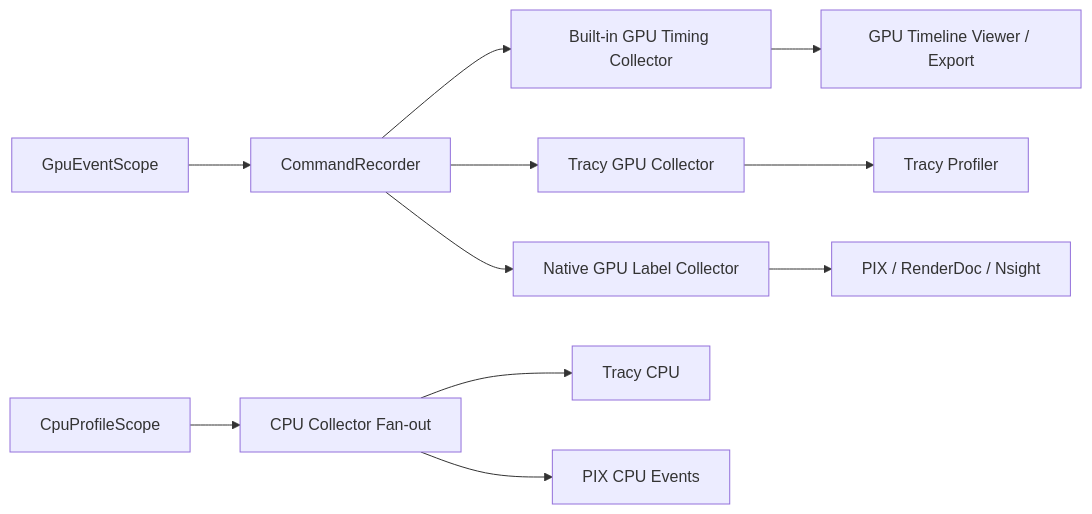
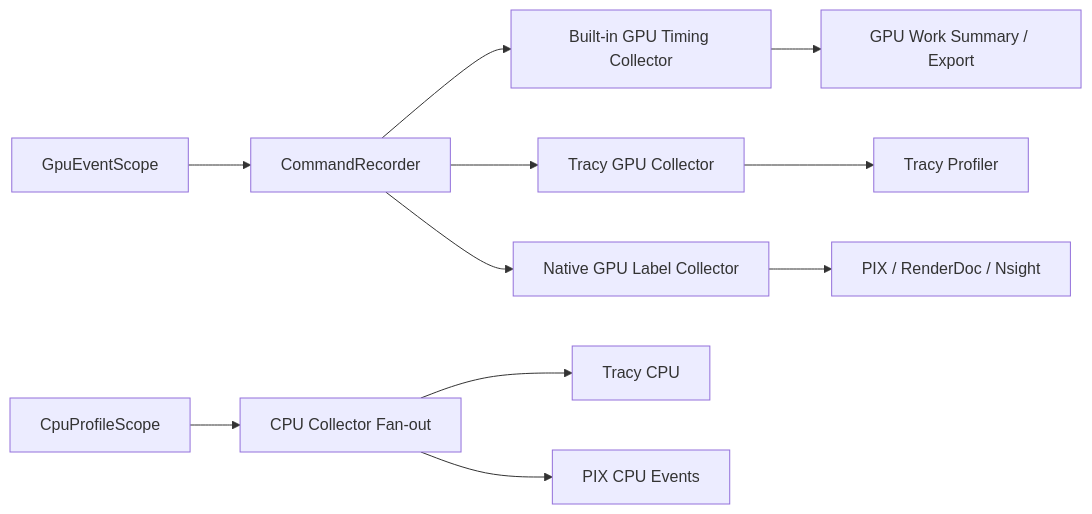
One commit to abdes/DroidNet changed the first of 4 diagrams in projects/Oxygen.Engine/design/profiling/unified-profiling-architecture.md. Above: the diagram before and after it, drawn with Mermaid. The commit also changed 9 other files, not shown here.

First line of the commit message:
docs(vortex): design the GPU work summary and move ImGui out of Vortex

````diff
--- a/projects/Oxygen.Engine/design/profiling/unified-profiling-architecture.md
+++ b/projects/Oxygen.Engine/design/profiling/unified-profiling-architecture.md
@@ -68,13 +68,13 @@
 ```mermaid
 flowchart LR
   A[CpuProfileScope] --> B[CPU Collector Fan-out]
   C[GpuEventScope] --> D[CommandRecorder]
   D --> E[Built-in GPU Timing Collector]
   D --> F[Tracy GPU Collector]
   D --> G[Native GPU Label Collector]
   B --> H[Tracy CPU]
   B --> I[PIX CPU Events]
-  E --> J[GPU Timeline Viewer / Export]
+  E --> J[GPU Work Summary / Export]
   F --> K[Tracy Profiler]
   G --> L[PIX / RenderDoc / Nsight]
 ```
````
